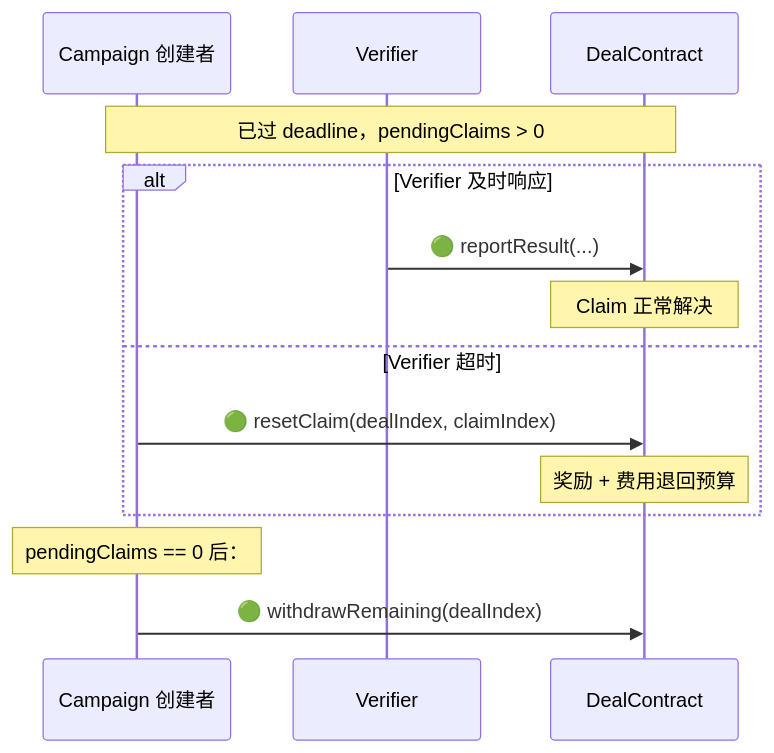
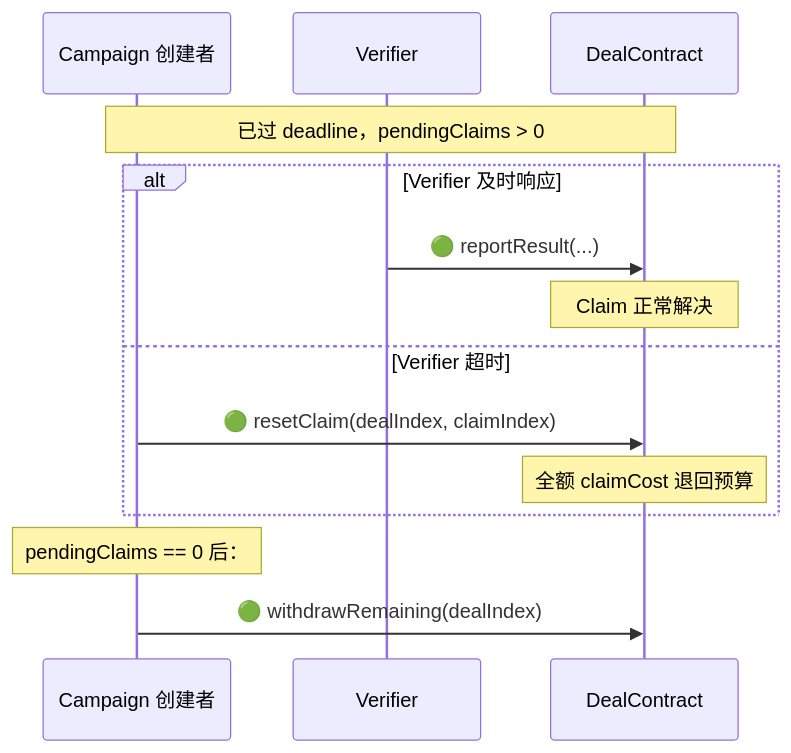
The fifth of 5 diagrams in examples/x-follow/x-follow-design-zh.md (synctxai/synctx), drawn with Mermaid before and after one commit. The commit also changed other lines of this file and 1 other file, not shown here.

First line of the commit message:
docs(x-follow): per-claim protocol fee from budget, no upfront fee at creation

````diff
--- a/examples/x-follow/x-follow-design-zh.md
+++ b/examples/x-follow/x-follow-design-zh.md
@@ -303,19 +307,19 @@
 ```mermaid
 sequenceDiagram
     participant A as Campaign 创建者
     participant V as Verifier
     participant D as DealContract
 
     Note over A,D: 已过 deadline，pendingClaims > 0
 
     alt Verifier 及时响应
         V->>D: 🟢 reportResult(...)
         Note over D: Claim 正常解决
     else Verifier 超时
         A->>D: 🟢 resetClaim(dealIndex, claimIndex)
-        Note over D: 奖励 + 费用退回预算
+        Note over D: 全额 claimCost 退回预算
     end
 
     Note over A: pendingClaims == 0 后：
     A->>D: 🟢 withdrawRemaining(dealIndex)
 ```
````
